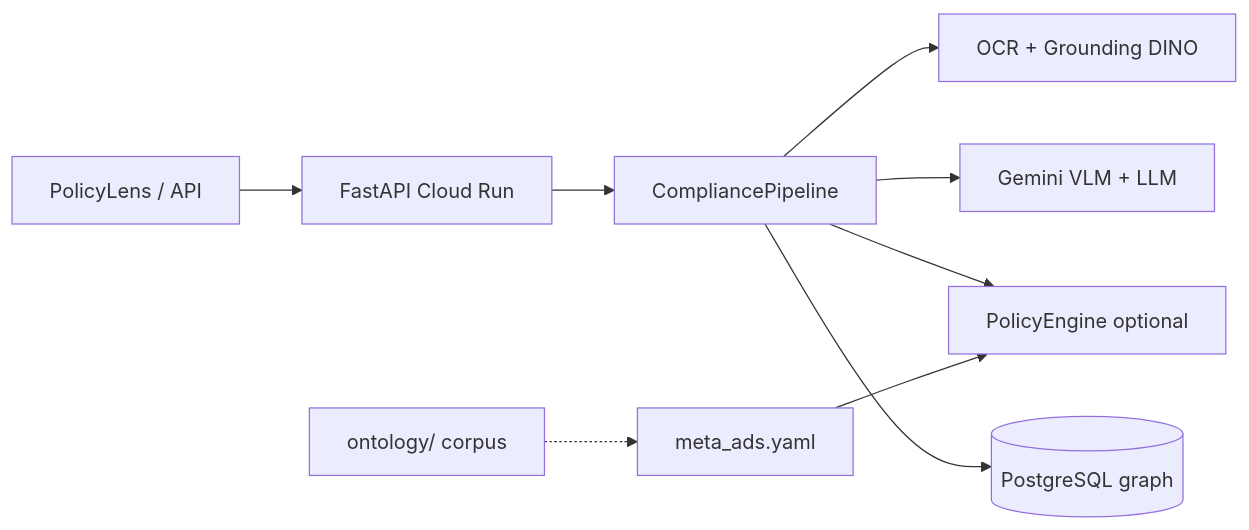
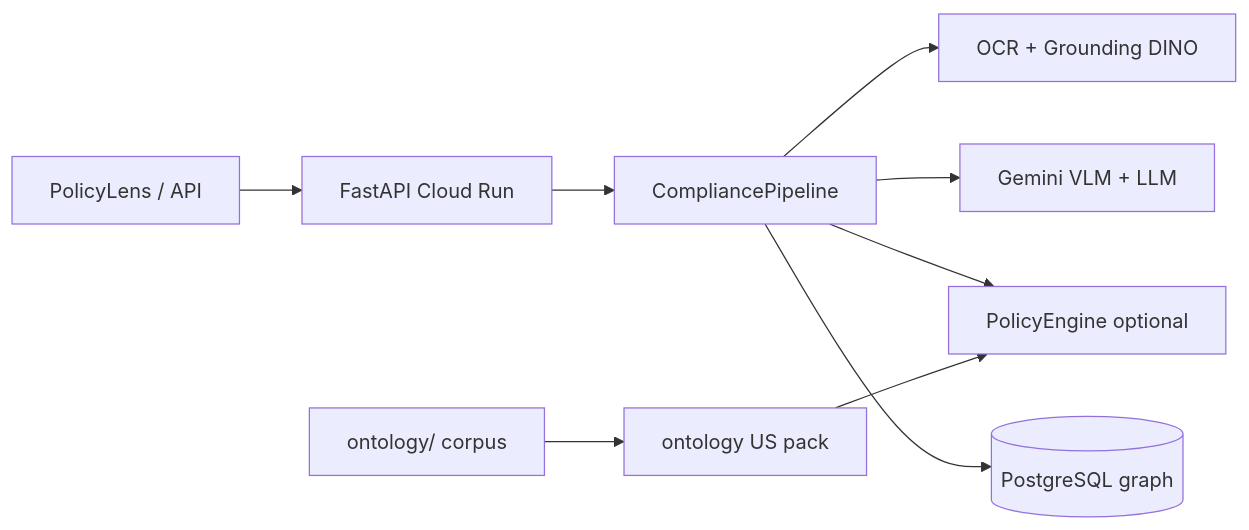
The first of 2 diagrams in docs/COFOUNDER_BRIEF.md (gramticsportal/zetaone), drawn with Mermaid before and after one commit. The commit also changed other lines of this file and 27 other files, not shown here.

First line of the commit message:
feat: ontology default pack, LLM final verdict, platform filter

````diff
--- a/docs/COFOUNDER_BRIEF.md
+++ b/docs/COFOUNDER_BRIEF.md
@@ -26,11 +27,11 @@
 ```mermaid
 flowchart LR
   UI["PolicyLens / API"] --> API["FastAPI Cloud Run"]
   API --> P["CompliancePipeline"]
   P --> X["OCR + Grounding DINO"]
   P --> G["Gemini VLM + LLM"]
   P --> E["PolicyEngine optional"]
   P --> DB[("PostgreSQL graph")]
-  YAML["meta_ads.yaml"] --> E
-  ONT["ontology/ corpus"] -.-> YAML
+  YAML["ontology US pack"] --> E
+  ONT["ontology/ corpus"] --> YAML
 ```
````
